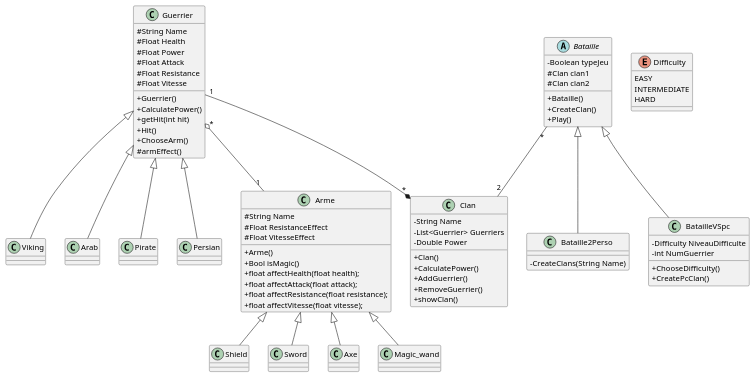
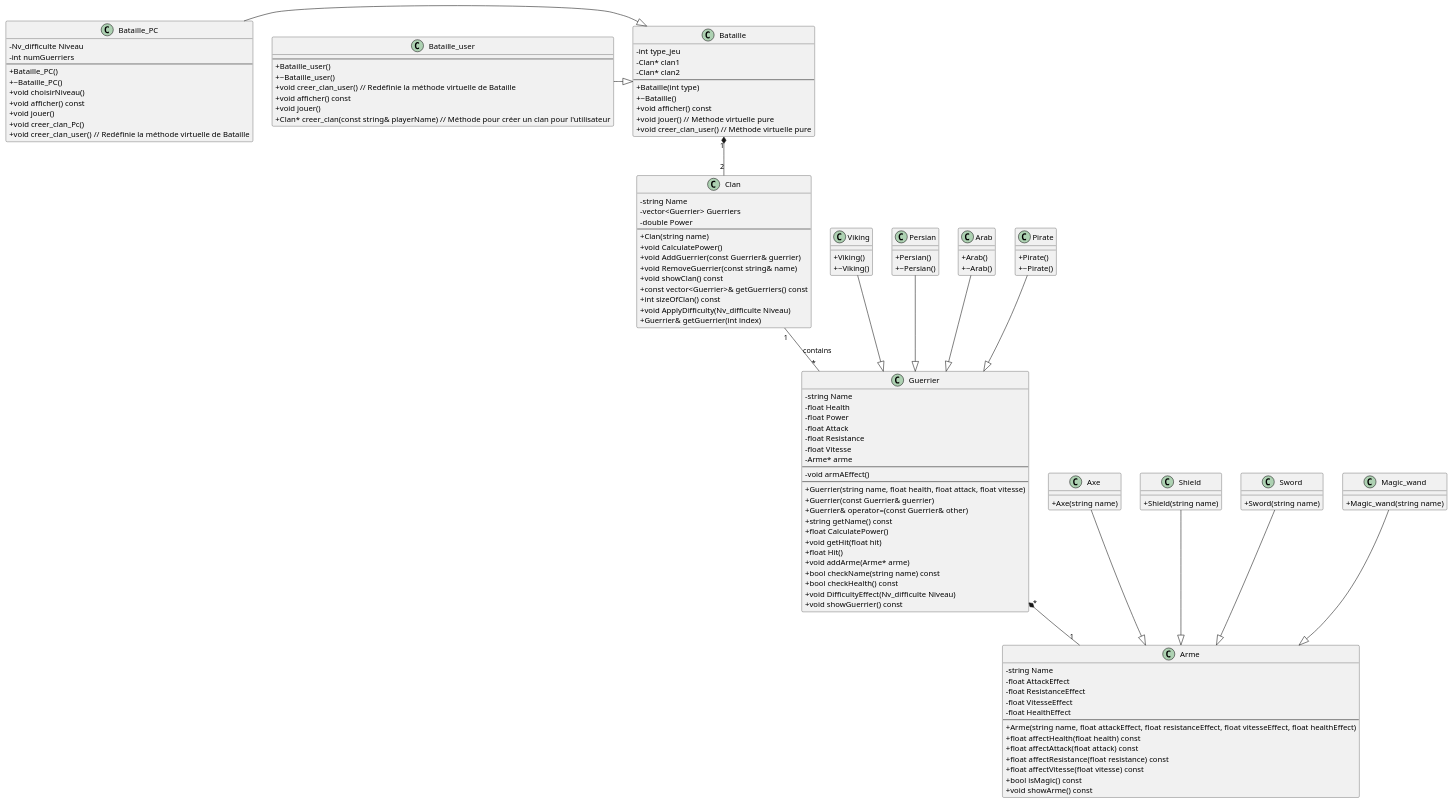
Before and after one commit to MedHK008/Clan-war: the diagram in ClassDiagram.puml, drawn with PlantUML. The commit also changed 6 other files, not shown here.

Commit message:
Refactor main.cpp to remove unnecessary includes and improve readability; add destructor to clean up clan resources in Bataille_user and Bataille_PC; update ClassDiagram.puml to reflect class structure changes; create initial readme.md for project documentation.

```diff
--- a/ClassDiagram.puml
+++ b/ClassDiagram.puml
@@ -1,100 +1,147 @@
-@startuml ClassDiagram
-
+@startuml
 skinparam classAttributeIconSize 0
 
-class Guerrier{
-#String Name
-#Float Health
-#Float Power
-#Float Attack
-#Float Resistance
-#Float Vitesse 
-+Guerrier()
-+CalculatePower()
-+getHit(int hit)
-+Hit()
-+ChooseArm()
-#armEffect()
+
+class Bataille {
+    - int type_jeu
+    - Clan* clan1
+    - Clan* clan2
+    --
+    + Bataille(int type)
+    + ~Bataille()
+    + void afficher() const
+    + void jouer() // Méthode virtuelle pure
+    + void creer_clan_user() // Méthode virtuelle pure
 }
 
-
-class Viking extends Guerrier{
+class Bataille_user {
+    --
+    + Bataille_user()
+    + ~Bataille_user()
+    + void creer_clan_user() // Redéfinie la méthode virtuelle de Bataille
+    + void afficher() const
+    + void jouer()
+    + Clan* creer_clan(const string& playerName) // Méthode pour créer un clan pour l'utilisateur
+}
+class Bataille_PC {
+    - Nv_difficulte Niveau
+    - int numGuerriers
+    --
+    + Bataille_PC()
+    + ~Bataille_PC()
+    + void choisirNiveau()
+    + void afficher() const
+    + void jouer()
+    + void creer_clan_Pc()
+    + void creer_clan_user() // Redéfinie la méthode virtuelle de Bataille
 }
 
-class Arab extends Guerrier{
+class Guerrier {
+    - string Name
+    - float Health
+    - float Power
+    - float Attack
+    - float Resistance 
+    - float Vitesse
+    - Arme* arme
+    --
+    - void armAEffect()
+    --
+    + Guerrier(string name, float health, float attack, float vitesse)
+    + Guerrier(const Guerrier& guerrier)
+    + Guerrier& operator=(const Guerrier& other)
+    + string getName() const
+    + float CalculatePower()
+    + void getHit(float hit)
+    + float Hit()
+    + void addArme(Arme* arme)
+    + bool checkName(string name) const
+    + bool checkHealth() const
+    + void DifficultyEffect(Nv_difficulte Niveau)
+    + void showGuerrier() const
+}
+class Viking {
+    + Viking()
+    + ~Viking()
 }
 
-class Pirate extends Guerrier{
+class Persian {
+    + Persian()
+    + ~Persian()
 }
 
-class Persian extends Guerrier{
+class Arab {
+    + Arab()
+    + ~Arab()
 }
 
+class Pirate {
+    + Pirate()
+    + ~Pirate()
+}
 class Arme {
-#String Name
-#Float ResistanceEffect
-#Float VitesseEffect
-+Arme()
-+Bool isMagic()
-+float affectHealth(float health);
-+float affectAttack(float attack);
-+float affectResistance(float resistance);
-+float affectVitesse(float vitesse);
+    - string Name
+    - float AttackEffect
+    - float ResistanceEffect
+    - float VitesseEffect
+    - float HealthEffect
+    --
+    + Arme(string name, float attackEffect, float resistanceEffect, float vitesseEffect, float healthEffect)
+    + float affectHealth(float health) const
+    + float affectAttack(float attack) const
+    + float affectResistance(float resistance) const
+    + float affectVitesse(float vitesse) const
+    + bool isMagic() const
+    + void showArme() const
 }
 
-class Shield extends Arme {
+class Axe {
+    + Axe(string name)
 }
 
-class Sword extends Arme {
+class Shield {
+    + Shield(string name)
 }
 
-class Axe extends Arme {
+class Sword {
+    + Sword(string name)
 }
 
-class Magic_wand extends Arme {
-
+class Magic_wand {
+    + Magic_wand(string name)
 }
 
-enum Difficulty{
-  EASY
-  INTERMEDIATE
-  HARD
+class Clan {
+    - string Name
+    - vector<Guerrier> Guerriers
+    - double Power
+    --
+    + Clan(string name)
+    + void CalculatePower()
+    + void AddGuerrier(const Guerrier& guerrier)
+    + void RemoveGuerrier(const string& name)
+    + void showClan() const
+    + const vector<Guerrier>& getGuerriers() const
+    + int sizeOfClan() const
+    + void ApplyDifficulty(Nv_difficulte Niveau)
+    + Guerrier& getGuerrier(int index)
 }
 
+Bataille "1" *-- "2" Clan 
+Bataille_PC -|> Bataille 
+Clan "1" -- "*" Guerrier : contains
 
-class Clan {
--String Name
--List<Guerrier> Guerriers
--Double Power
-+Clan()
-+CalculatePower()
-+AddGuerrier()
-+RemoveGuerrier()
-+showClan()
-}
+Bataille_user -|> Bataille  
 
-abstract class Bataille{
--Boolean typeJeu
-#Clan clan1
-#Clan clan2
-+Bataille()
-+CreateClan()
-+Play()
-}
+Axe --|> Arme
+Shield --|> Arme
+Sword --|> Arme
+Magic_wand --|> Arme
+Guerrier "*" *-- "1" Arme
+Viking --|> Guerrier
+Persian --|> Guerrier
+Arab --|> Guerrier
+Pirate --|> Guerrier
 
-class Bataille2Perso extends Bataille{
--CreateClans(String Name)
-}
-
-class BatailleVSpc extends Bataille{
--Difficulty NiveauDifficulte
--int NumGuerrier
-+ChooseDifficulty()
-+CreatePcClan()
-}
-
-Guerrier "1" --* "*" Clan 
-Guerrier"*" o-- "1" Arme 
-Bataille "*" -- "2" Clan
 
 @enduml
```
